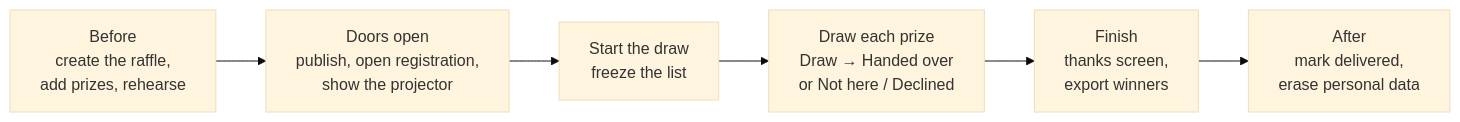
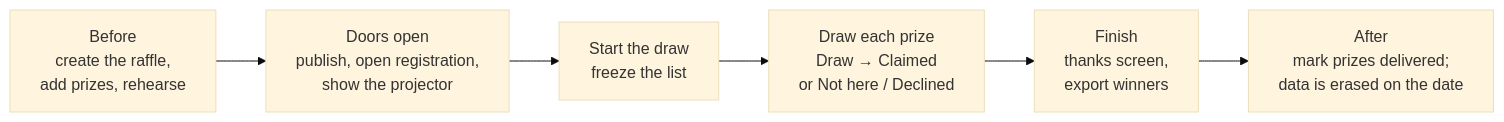
The first of 2 diagrams in docs/guide/running-a-raffle.md (sagikazarmark/rafi.orig), drawn with Mermaid (base theme) before and after one commit. The commit also changed other lines of this file and 66 other files, not shown here.

````diff
--- a/docs/guide/running-a-raffle.md
+++ b/docs/guide/running-a-raffle.md
@@ -8,8 +8,8 @@
 ```mermaid
 flowchart LR
     A["Before<br/>create the raffle,<br/>add prizes, rehearse"] --> B["Doors open<br/>publish, open registration,<br/>show the projector"]
     B --> C["Start the draw<br/>freeze the list"]
-    C --> D["Draw each prize<br/>Draw → Handed over<br/>or Not here / Declined"]
+    C --> D["Draw each prize<br/>Draw → Claimed<br/>or Not here / Declined"]
     D --> E["Finish<br/>thanks screen,<br/>export winners"]
-    E --> F["After<br/>mark delivered,<br/>erase personal data"]
+    E --> F["After<br/>mark prizes delivered;<br/>data is erased on the date"]
 ```
````
